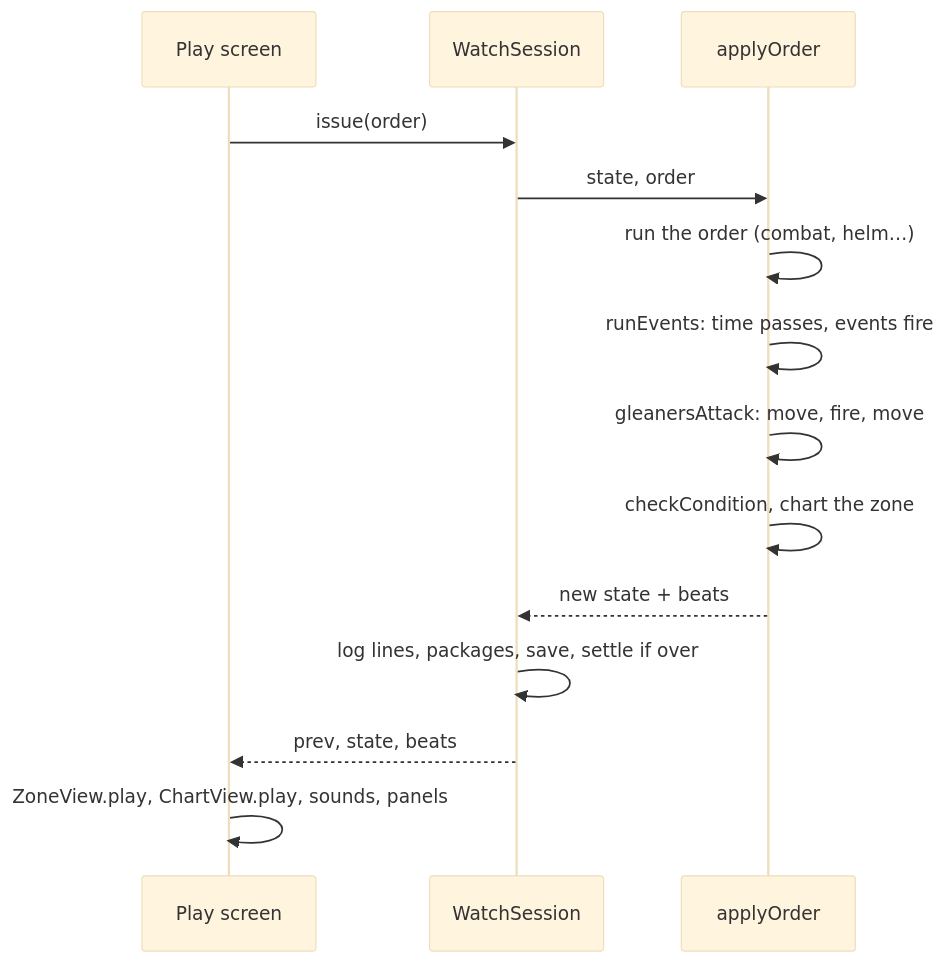
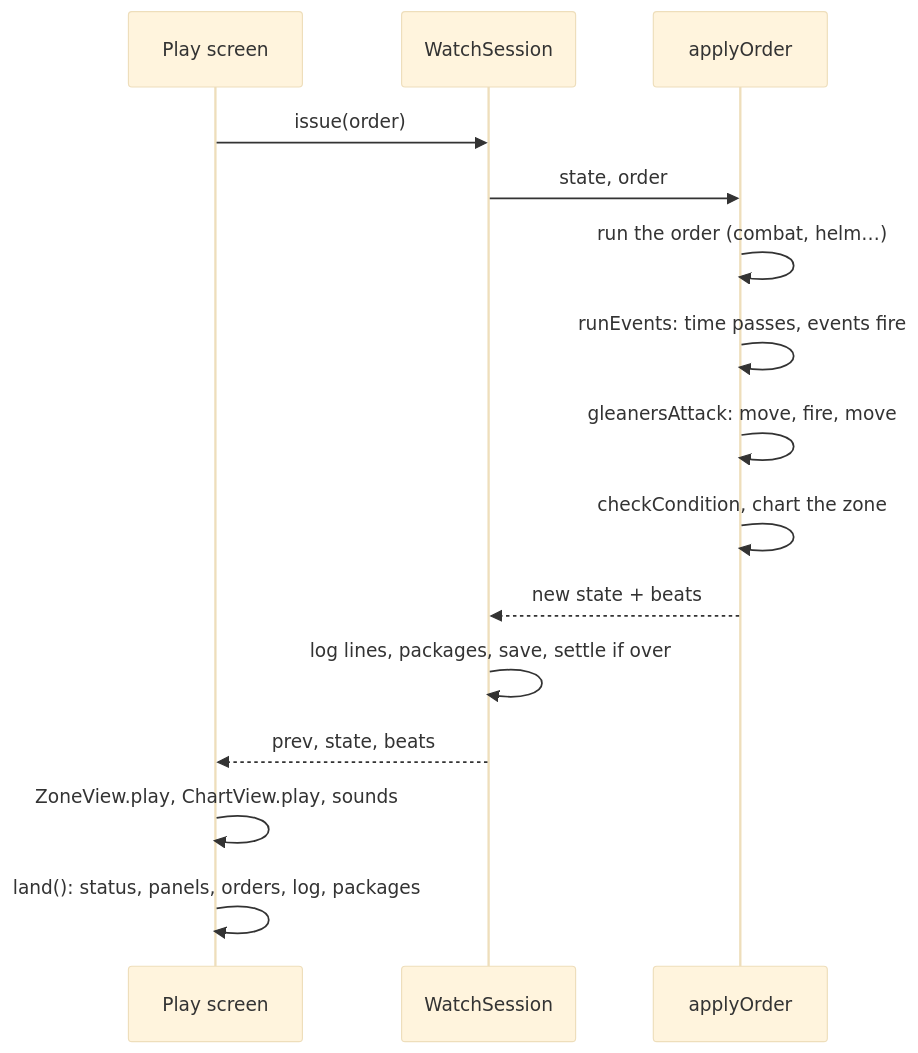
One commit to agunawijaya/usr-games-reborn changed the fourth of 4 diagrams in games/lightkeeper/docs/ARCHITECTURE.md. Above: the diagram before and after it, drawn with Mermaid (base theme). The commit also changed other lines of this file and 165 other files, not shown here.

````diff
--- a/games/lightkeeper/docs/ARCHITECTURE.md
+++ b/games/lightkeeper/docs/ARCHITECTURE.md
@@ -80,16 +101,17 @@
 ```mermaid
 sequenceDiagram
   participant Screen as Play screen
   participant Session as WatchSession
   participant Engine as applyOrder
   Screen->>Session: issue(order)
   Session->>Engine: state, order
   Engine->>Engine: run the order (combat, helm…)
   Engine->>Engine: runEvents: time passes, events fire
   Engine->>Engine: gleanersAttack: move, fire, move
   Engine->>Engine: checkCondition, chart the zone
   Engine-->>Session: new state + beats
   Session->>Session: log lines, packages, save, settle if over
   Session-->>Screen: prev, state, beats
-  Screen->>Screen: ZoneView.play, ChartView.play, sounds, panels
+  Screen->>Screen: ZoneView.play, ChartView.play, sounds
+  Screen->>Screen: land(): status, panels, orders, log, packages
 ```
````
